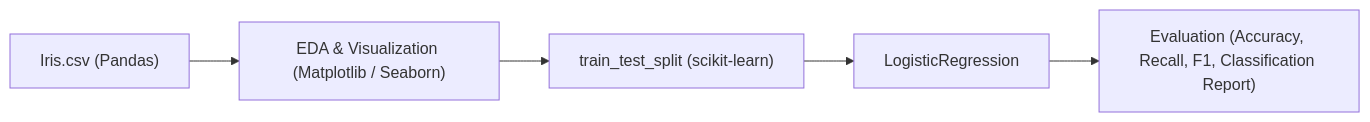
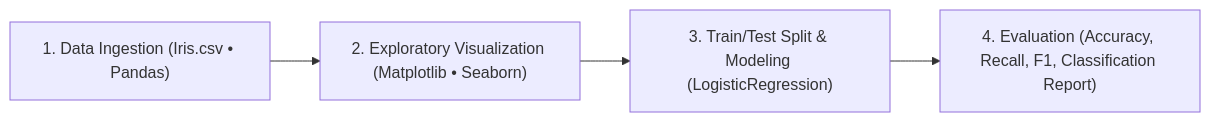
Before and after one commit to islamsamyy/Iris-Flower-Classification: the diagram in README.md, drawn with Mermaid. The commit also changed other lines of this file and 1 other file, not shown here.

Commit message:
docs: add ultra-detailed architecture, schemas, visual showcase, APIs, and business ROI

````diff
--- a/README.md
+++ b/README.md
@@ -11,7 +27,6 @@
 ```mermaid
 flowchart LR
-    Data["Iris.csv (Pandas)"] --> EDA["EDA & Visualization (Matplotlib / Seaborn)"]
-    EDA --> Split["train_test_split (scikit-learn)"]
-    Split --> Model["LogisticRegression"]
-    Model --> Eval["Evaluation (Accuracy, Recall, F1, Classification Report)"]
+    L1["1. Data Ingestion (Iris.csv • Pandas)"] --> L2["2. Exploratory Visualization (Matplotlib • Seaborn)"]
+    L2 --> L3["3. Train/Test Split & Modeling (LogisticRegression)"]
+    L3 --> L4["4. Evaluation (Accuracy, Recall, F1, Classification Report)"]
 ```
````
